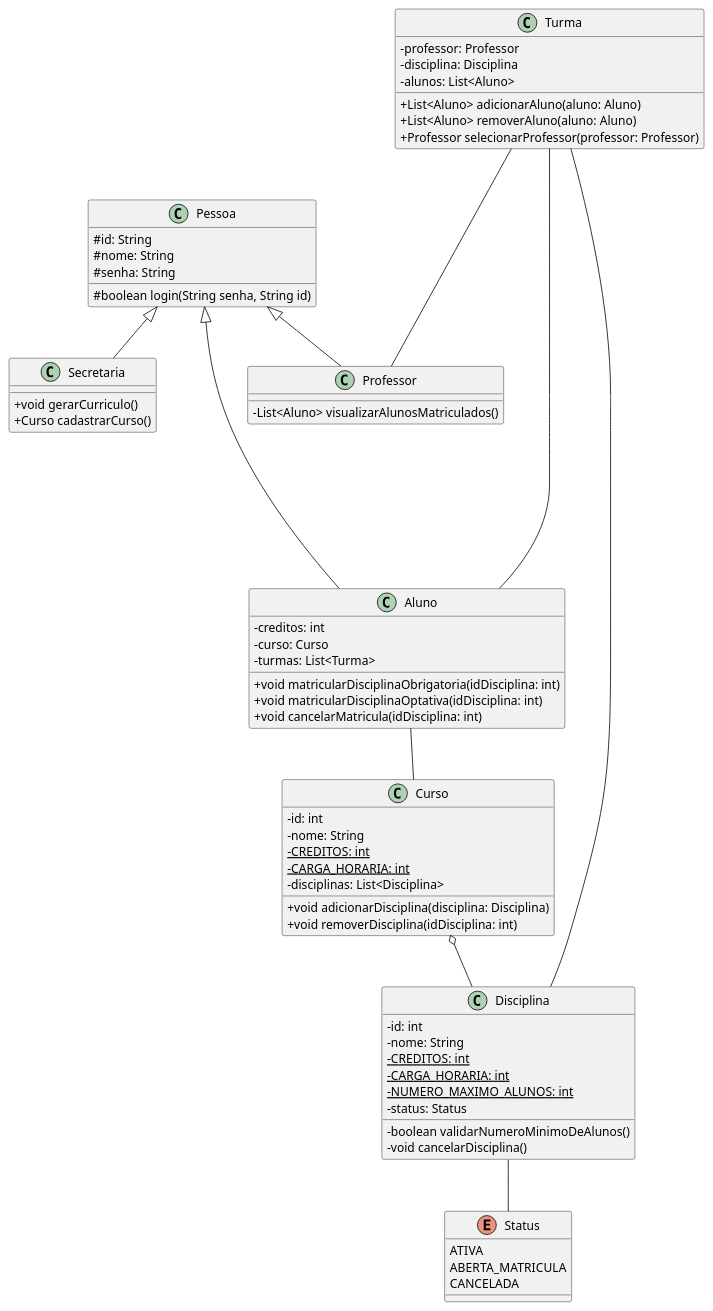
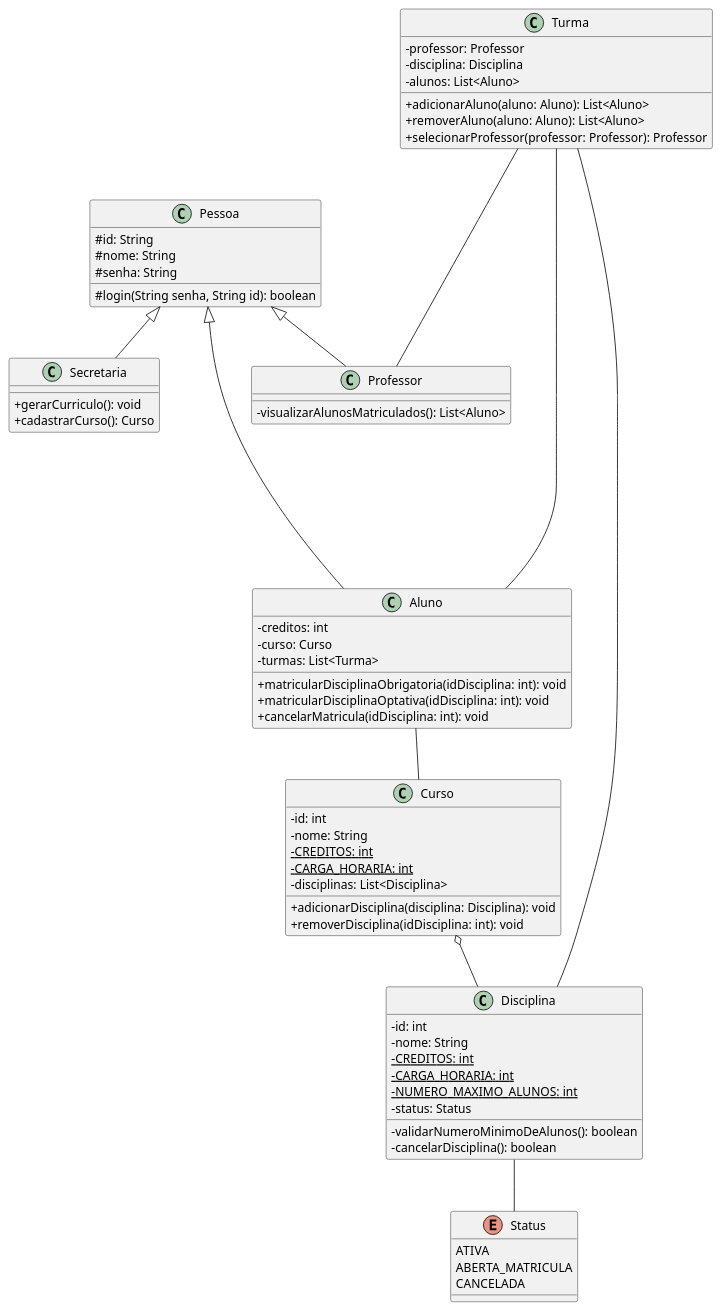
Before and after one commit to AugustoNoronha/labDevSoftware: the diagram in projeto/diagramaDeClasse/diagramaDeClasse.puml, drawn with PlantUML. The commit also changed 1 other file, not shown here.

Commit message:
Diagrama de classes atualizado

```diff
--- a/projeto/diagramaDeClasse/diagramaDeClasse.puml
+++ b/projeto/diagramaDeClasse/diagramaDeClasse.puml
@@ -1,79 +1,79 @@
 @startuml
 skinparam classAttributeIconSize 0
 
 class Pessoa {
 #id: String
 #nome: String
 #senha: String
-#boolean login(String senha, String id)
+#login(String senha, String id): boolean
 }
 
 Pessoa <|-- Secretaria
 Pessoa <|-- Aluno
 Pessoa <|-- Professor
 
 class Secretaria {
-+void gerarCurriculo()
-+Curso cadastrarCurso()
++gerarCurriculo(): void
++cadastrarCurso(): Curso
 }
 
 class Aluno  {
 -creditos: int
 -curso: Curso
 -turmas: List<Turma>
-+void matricularDisciplinaObrigatoria(idDisciplina: int)
-+void matricularDisciplinaOptativa(idDisciplina: int)
-+void cancelarMatricula(idDisciplina: int)
++matricularDisciplinaObrigatoria(idDisciplina: int): void
++matricularDisciplinaOptativa(idDisciplina: int): void
++cancelarMatricula(idDisciplina: int): void
 }
 
 class Professor  {
--List<Aluno> visualizarAlunosMatriculados()
+-visualizarAlunosMatriculados(): List<Aluno>
 }
 
 class Curso {
 -id: int
 -nome: String
 -CREDITOS: int {static}
 -CARGA_HORARIA: int {static}
 -disciplinas: List<Disciplina>
-+ void adicionarDisciplina(disciplina: Disciplina)
-+ void removerDisciplina(idDisciplina: int)
++adicionarDisciplina(disciplina: Disciplina): void
++removerDisciplina(idDisciplina: int): void
 }
 
 class Disciplina {
 -id: int
 -nome: String
 -CREDITOS: int {static}
 -CARGA_HORARIA: int {static}
 -NUMERO_MAXIMO_ALUNOS: int {static}
 -status: Status
--boolean validarNumeroMinimoDeAlunos()
--void cancelarDisciplina()
+-validarNumeroMinimoDeAlunos(): boolean
+-cancelarDisciplina(): boolean
 }
 
 class Turma{
 -professor: Professor
 -disciplina: Disciplina
 -alunos: List<Aluno>
-+List<Aluno> adicionarAluno(aluno: Aluno)
-+List<Aluno> removerAluno(aluno: Aluno)
-+Professor selecionarProfessor(professor: Professor)
++adicionarAluno(aluno: Aluno): List<Aluno>
++removerAluno(aluno: Aluno): List<Aluno>
++selecionarProfessor(professor: Professor): Professor
 }
 
 enum Status{
 ATIVA
 ABERTA_MATRICULA
 CANCELADA
 }
 
 Curso o-- Disciplina
 
 Aluno -- Curso
 
 Turma -- Disciplina
 Turma --- Professor
 Turma ------ Aluno
 
 Disciplina -- Status
 
 @enduml
```
